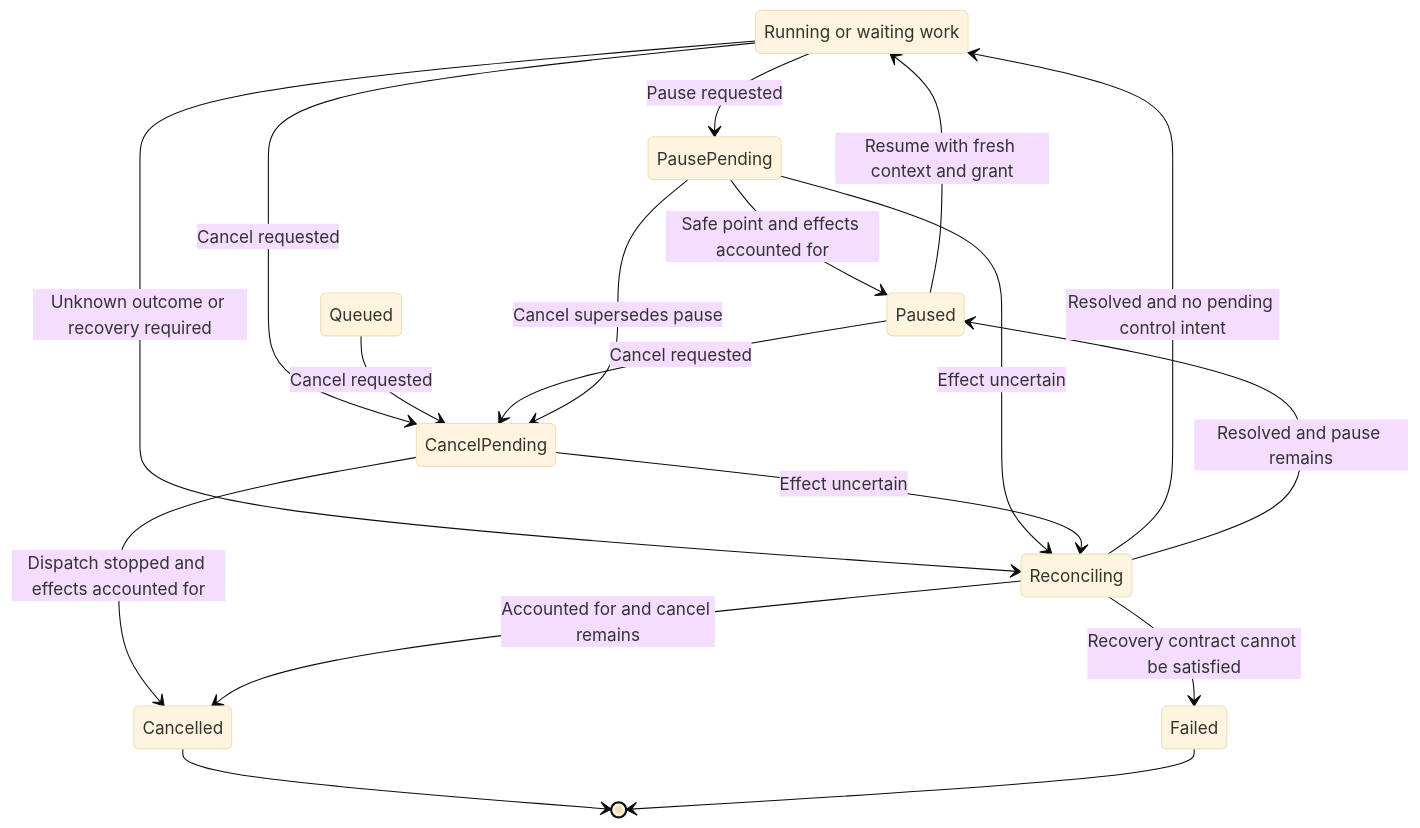
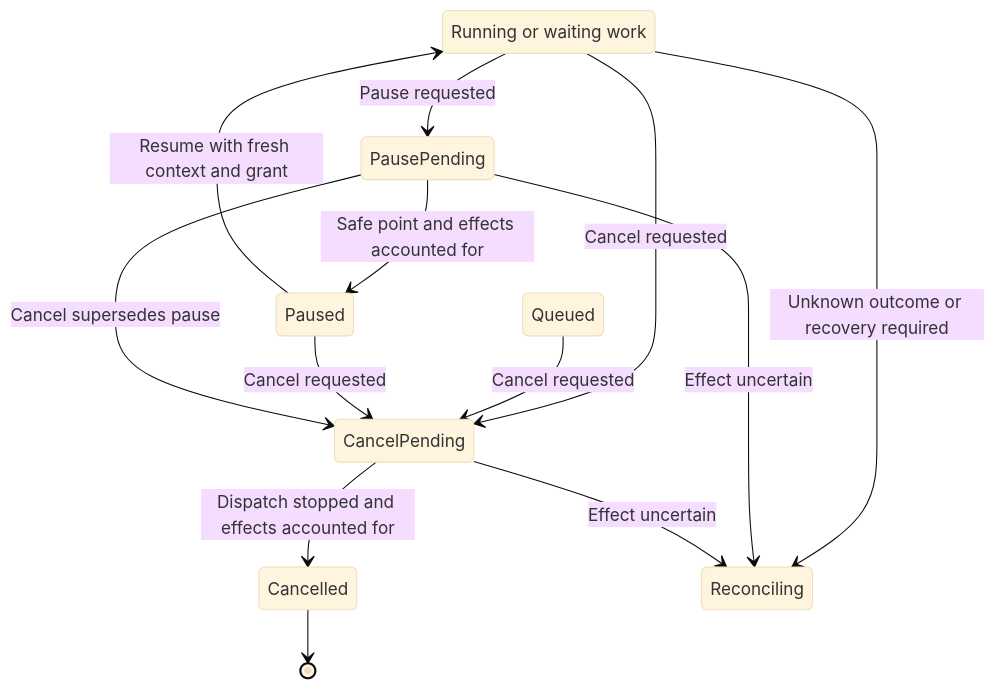
Before and after one commit to pidster/asura: the second of 9 diagrams in docs/designs/core-harness-brief.md, drawn with Mermaid (base theme). The commit also changed other lines of this file and 3 other files, not shown here.

````diff
--- a/docs/designs/core-harness-brief.md
+++ b/docs/designs/core-harness-brief.md
@@ -54,21 +62,16 @@
 ```mermaid
 stateDiagram-v2
     state "Running or waiting work" as ActiveWork
     ActiveWork --> PausePending: Pause requested
     PausePending --> Paused: Safe point and effects accounted for
     Paused --> ActiveWork: Resume with fresh context and grant
     ActiveWork --> CancelPending: Cancel requested
     Queued --> CancelPending: Cancel requested
     Paused --> CancelPending: Cancel requested
     PausePending --> CancelPending: Cancel supersedes pause
     CancelPending --> Cancelled: Dispatch stopped and effects accounted for
     ActiveWork --> Reconciling: Unknown outcome or recovery required
     PausePending --> Reconciling: Effect uncertain
     CancelPending --> Reconciling: Effect uncertain
-    Reconciling --> ActiveWork: Resolved and no pending control intent
-    Reconciling --> Paused: Resolved and pause remains
-    Reconciling --> Cancelled: Accounted for and cancel remains
-    Reconciling --> Failed: Recovery contract cannot be satisfied
     Cancelled --> [*]
-    Failed --> [*]
 ```
````
